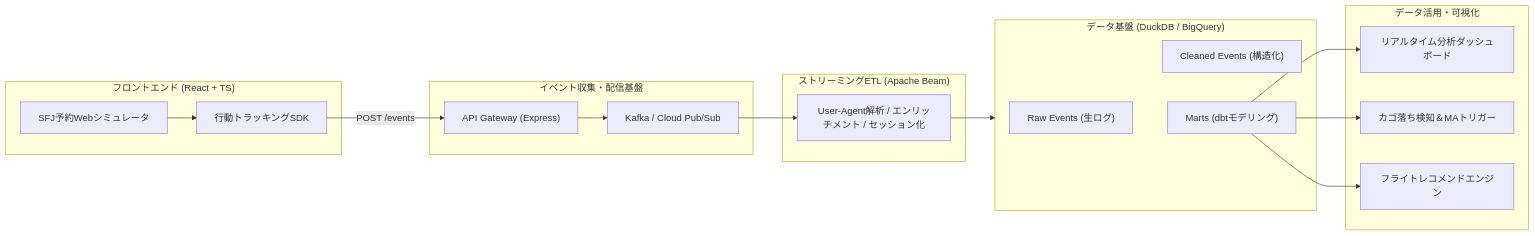
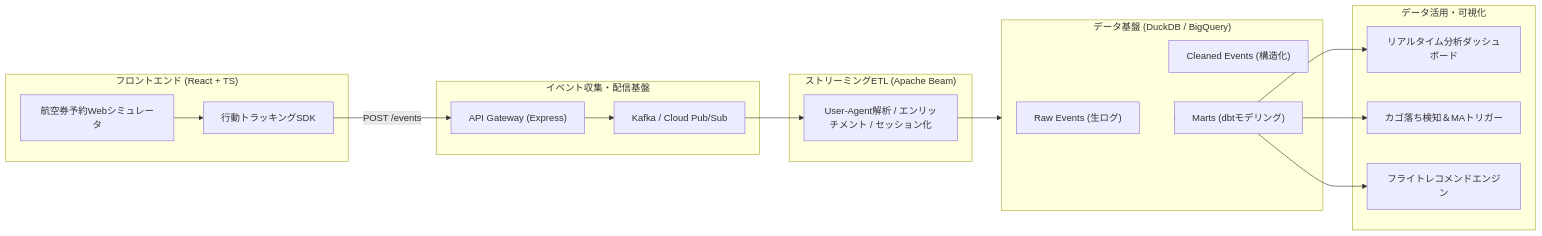
Before and after one commit to Anzai-Yuichiro/airline-modern-data-platform: the diagram in docs/system_requirements_definition.md, drawn with Mermaid. The commit also changed other lines of this file and 7 other files, not shown here.

````diff
--- a/docs/system_requirements_definition.md
+++ b/docs/system_requirements_definition.md
@@ -31,38 +31,38 @@
 ```mermaid
 flowchart LR
     subgraph Client["フロントエンド (React + TS)"]
-        UI["SFJ予約Webシミュレータ"]
+        UI["航空券予約Webシミュレータ"]
         SDK["行動トラッキングSDK"]
     end
 
     subgraph Ingestion["イベント収集・配信基盤"]
         GW["API Gateway (Express)"]
         Broker["Kafka / Cloud Pub/Sub"]
     end
 
     subgraph StreamingETL["ストリーミングETL (Apache Beam)"]
         Beam["User-Agent解析 / エンリッチメント / セッション化"]
     end
 
     subgraph StorageDWH["データ基盤 (DuckDB / BigQuery)"]
         Bronze["Raw Events (生ログ)"]
         Silver["Cleaned Events (構造化)"]
         Gold["Marts (dbtモデリング)"]
     end
 
     subgraph Consumption["データ活用・可視化"]
         Dash["リアルタイム分析ダッシュボード"]
         MA["カゴ落ち検知＆MAトリガー"]
         Rec["フライトレコメンドエンジン"]
     end
 
     UI --> SDK
     SDK -->|POST /events| GW
     GW --> Broker
     Broker --> Beam
     Beam --> StorageDWH
     StorageDWH --> Gold
     Gold --> Dash
     Gold --> MA
     Gold --> Rec
 ```
````
